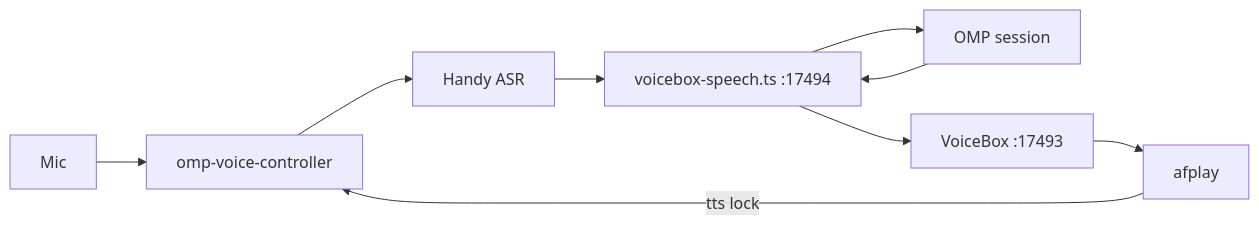
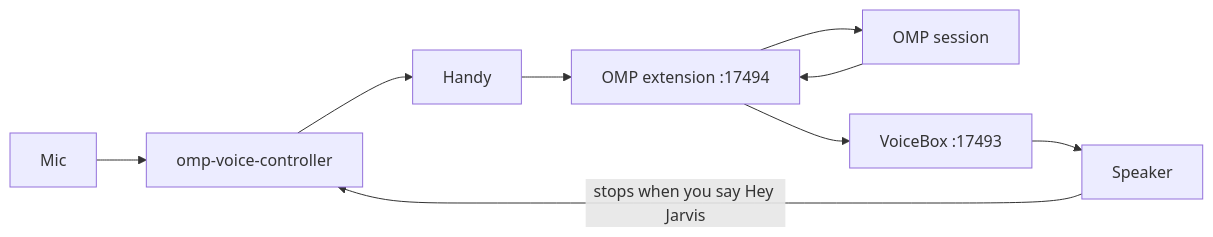
One commit to ASabale/voice-agent changed the diagram in README.md. Above: the diagram before and after it, drawn with Mermaid. The commit also changed other lines of this file, not shown here.

Commit message:
Explain the Mac setup for OMP, Handy, and VoiceBox in the README.

````diff
--- a/README.md
+++ b/README.md
@@ -7,11 +15,11 @@
 ```mermaid
 flowchart LR
   mic[Mic] --> ctrl[omp-voice-controller]
-  ctrl --> handy[Handy ASR]
-  handy --> bridge["voicebox-speech.ts :17494"]
+  ctrl --> handy[Handy]
+  handy --> bridge["OMP extension :17494"]
   bridge --> omp[OMP session]
   omp --> bridge
   bridge --> vb["VoiceBox :17493"]
-  vb --> play[afplay]
-  play -->|tts lock| ctrl
+  vb --> play[Speaker]
+  play -->|stops when you say Hey Jarvis| ctrl
 ```
````
